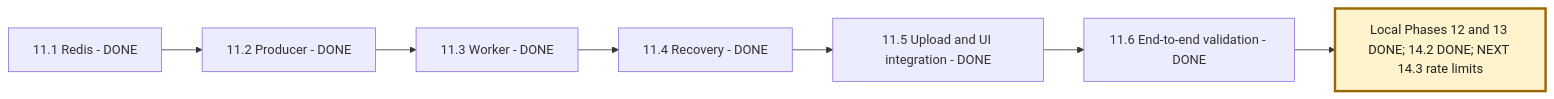
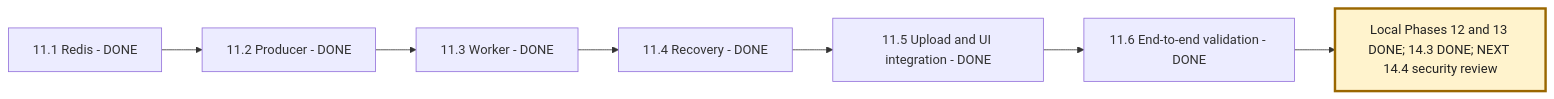
One commit to msdian0007/nexaAi changed the third of 6 diagrams in NEXAAI_ROADMAP.md. Above: the diagram before and after it, drawn with Mermaid. The commit also changed other lines of this file and 16 other files, not shown here.

Commit message:
rate limits and usage budgets

````diff
--- a/NEXAAI_ROADMAP.md
+++ b/NEXAAI_ROADMAP.md
@@ -260,10 +262,10 @@
 ```mermaid
 flowchart LR
     A[11.1 Redis - DONE] --> B[11.2 Producer - DONE]
     B --> C[11.3 Worker - DONE]
     C --> D[11.4 Recovery - DONE]
     D --> E[11.5 Upload and UI integration - DONE]
     E --> F[11.6 End-to-end validation - DONE]
-    F --> G[Local Phases 12 and 13 DONE; 14.2 DONE; NEXT 14.3 rate limits]
+    F --> G[Local Phases 12 and 13 DONE; 14.3 DONE; NEXT 14.4 security review]
     style G fill:#fff3cd,stroke:#9a6700,stroke-width:3px,color:#222
 ```
````
